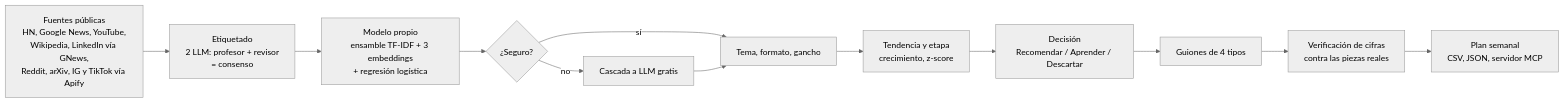
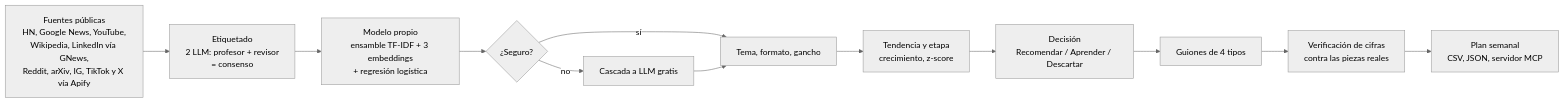
Before and after one commit to P1p2gamer26/radar-30x: the diagram in README.md, drawn with Mermaid (neutral theme). The commit also changed other lines of this file and 10 other files, not shown here.

Commit message:
feat: X/Twitter como fuente vía Apify (kaitoeasyapi), parser + fixture + test; 385 tweets nuevos en el snapshot 2026-10-17 (build_radar pendiente)

````diff
--- a/README.md
+++ b/README.md
@@ -34,14 +34,14 @@
 ```mermaid
 flowchart LR
-  A[Fuentes públicas<br/>HN, Google News, YouTube,<br/>Wikipedia, LinkedIn vía GNews,<br/>Reddit, arXiv, IG y TikTok vía Apify] --> B[Etiquetado<br/>2 LLM: profesor + revisor<br/>= consenso]
+  A[Fuentes públicas<br/>HN, Google News, YouTube,<br/>Wikipedia, LinkedIn vía GNews,<br/>Reddit, arXiv, IG, TikTok y X vía Apify] --> B[Etiquetado<br/>2 LLM: profesor + revisor<br/>= consenso]
   B --> C[Modelo propio<br/>ensamble TF-IDF + 3 embeddings<br/>+ regresión logística]
   C --> D{¿Seguro?}
   D -- sí --> F[Tema, formato, gancho]
   D -- no --> E[Cascada a LLM gratis]
   E --> F
   F --> G[Tendencia y etapa<br/>crecimiento, z-score]
   G --> H[Decisión<br/>Recomendar / Aprender / Descartar]
   H --> I[Guiones de 4 tipos]
   I --> J[Verificación de cifras<br/>contra las piezas reales]
   J --> K[Plan semanal<br/>CSV, JSON, servidor MCP]
 ```
````
